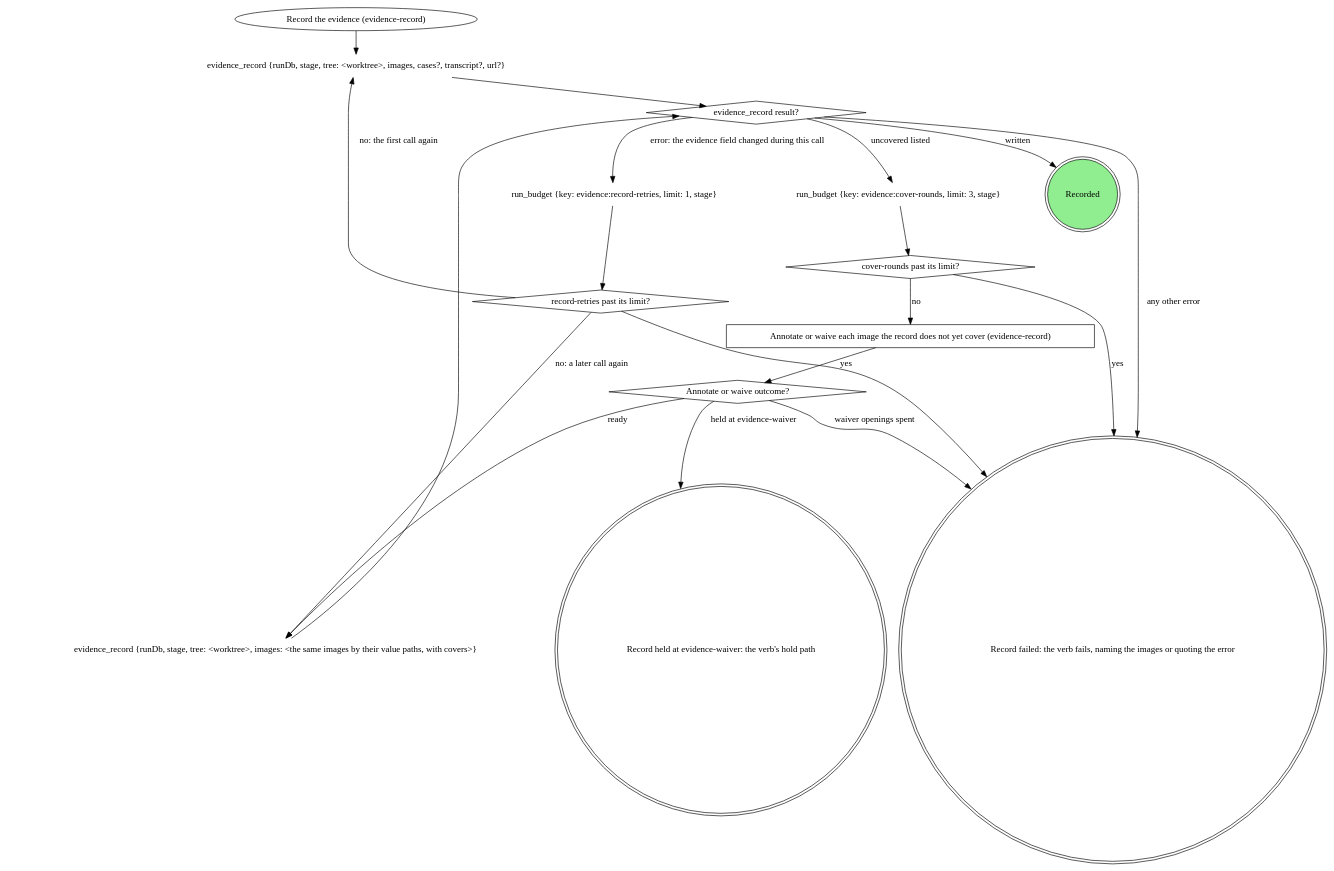
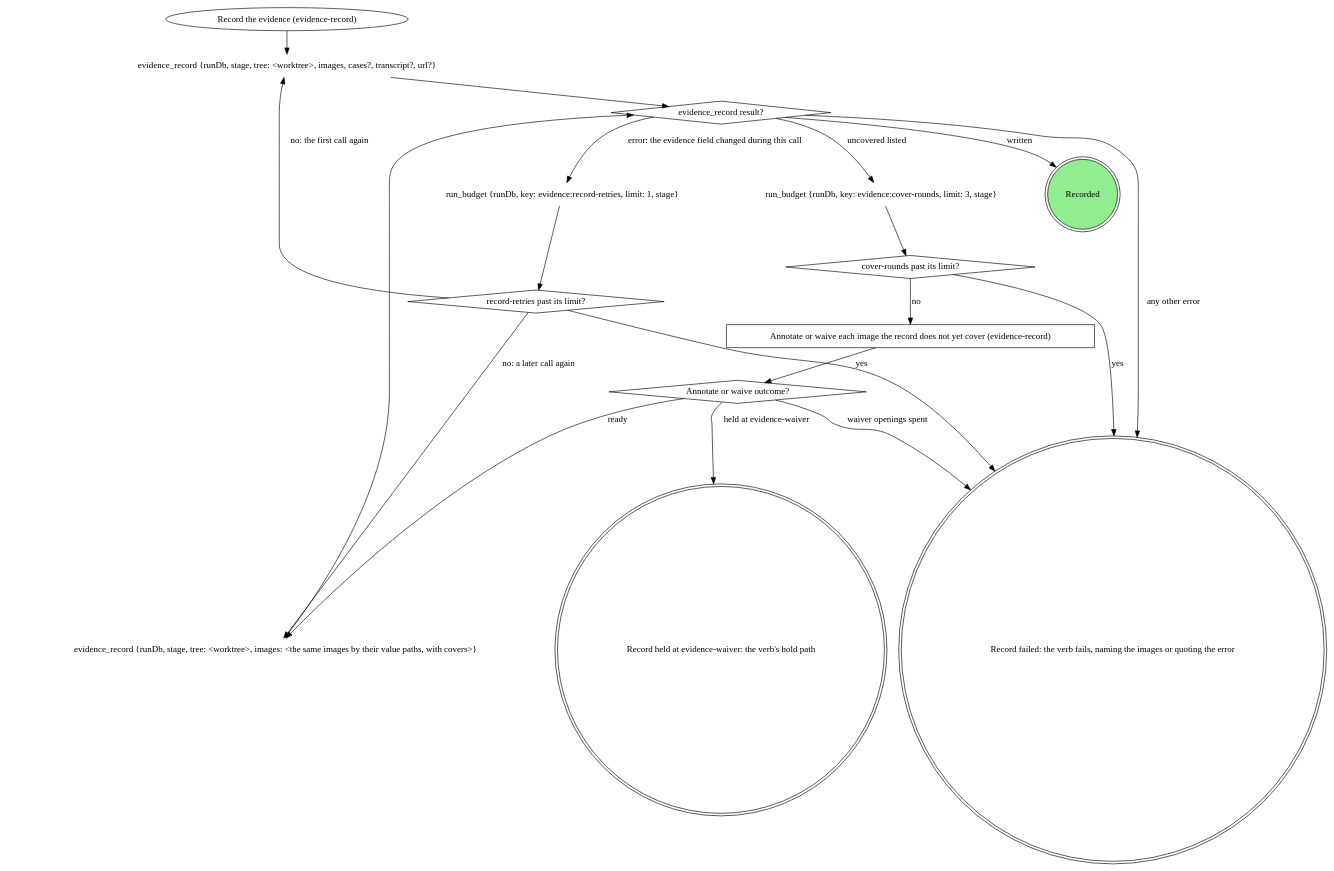
Before and after one commit to m4ttstack/mattstack: the first of 3 diagrams in plugins/mattstack/attachments/evidence-record/SKILL.md, drawn with Graphviz. The commit also changed other lines of this file, not shown here.

Commit message:
evidence-record: close task review findings

````diff
--- a/plugins/mattstack/attachments/evidence-record/SKILL.md
+++ b/plugins/mattstack/attachments/evidence-record/SKILL.md
@@ -36,35 +36,35 @@
 ```dot
 digraph record_evidence {
     "Record the evidence (evidence-record)" [shape=ellipse];
     "evidence_record {runDb, stage, tree: <worktree>, images, cases?, transcript?, url?}" [shape=plaintext];
     "evidence_record result?" [shape=diamond];
-    "run_budget {key: evidence:cover-rounds, limit: 3, stage}" [shape=plaintext];
+    "run_budget {runDb, key: evidence:cover-rounds, limit: 3, stage}" [shape=plaintext];
     "cover-rounds past its limit?" [shape=diamond];
     "Annotate or waive each image the record does not yet cover (evidence-record)" [shape=box];
     "Annotate or waive outcome?" [shape=diamond];
     "evidence_record {runDb, stage, tree: <worktree>, images: <the same images by their value paths, with covers>}" [shape=plaintext];
-    "run_budget {key: evidence:record-retries, limit: 1, stage}" [shape=plaintext];
+    "run_budget {runDb, key: evidence:record-retries, limit: 1, stage}" [shape=plaintext];
     "record-retries past its limit?" [shape=diamond];
     "Recorded" [shape=doublecircle style=filled fillcolor=lightgreen];
     "Record held at evidence-waiver: the verb's hold path" [shape=doublecircle];
     "Record failed: the verb fails, naming the images or quoting the error" [shape=doublecircle];
 
     "Record the evidence (evidence-record)" -> "evidence_record {runDb, stage, tree: <worktree>, images, cases?, transcript?, url?}" -> "evidence_record result?";
     "evidence_record {runDb, stage, tree: <worktree>, images: <the same images by their value paths, with covers>}" -> "evidence_record result?";
     "evidence_record result?" -> "Recorded" [label="written"];
-    "evidence_record result?" -> "run_budget {key: evidence:cover-rounds, limit: 3, stage}" [label="uncovered listed"];
-    "evidence_record result?" -> "run_budget {key: evidence:record-retries, limit: 1, stage}" [label="error: the evidence field changed during this call"];
+    "evidence_record result?" -> "run_budget {runDb, key: evidence:cover-rounds, limit: 3, stage}" [label="uncovered listed"];
+    "evidence_record result?" -> "run_budget {runDb, key: evidence:record-retries, limit: 1, stage}" [label="error: the evidence field changed during this call"];
     "evidence_record result?" -> "Record failed: the verb fails, naming the images or quoting the error" [label="any other error"];
-    "run_budget {key: evidence:cover-rounds, limit: 3, stage}" -> "cover-rounds past its limit?";
+    "run_budget {runDb, key: evidence:cover-rounds, limit: 3, stage}" -> "cover-rounds past its limit?";
     "cover-rounds past its limit?" -> "Annotate or waive each image the record does not yet cover (evidence-record)" [label="no"];
     "cover-rounds past its limit?" -> "Record failed: the verb fails, naming the images or quoting the error" [label="yes"];
     "Annotate or waive each image the record does not yet cover (evidence-record)" -> "Annotate or waive outcome?";
     "Annotate or waive outcome?" -> "evidence_record {runDb, stage, tree: <worktree>, images: <the same images by their value paths, with covers>}" [label="ready"];
     "Annotate or waive outcome?" -> "Record held at evidence-waiver: the verb's hold path" [label="held at evidence-waiver"];
     "Annotate or waive outcome?" -> "Record failed: the verb fails, naming the images or quoting the error" [label="waiver openings spent"];
-    "run_budget {key: evidence:record-retries, limit: 1, stage}" -> "record-retries past its limit?";
+    "run_budget {runDb, key: evidence:record-retries, limit: 1, stage}" -> "record-retries past its limit?";
     "record-retries past its limit?" -> "evidence_record {runDb, stage, tree: <worktree>, images, cases?, transcript?, url?}" [label="no: the first call again"];
     "record-retries past its limit?" -> "evidence_record {runDb, stage, tree: <worktree>, images: <the same images by their value paths, with covers>}" [label="no: a later call again"];
     "record-retries past its limit?" -> "Record failed: the verb fails, naming the images or quoting the error" [label="yes"];
 }
 ```
````
